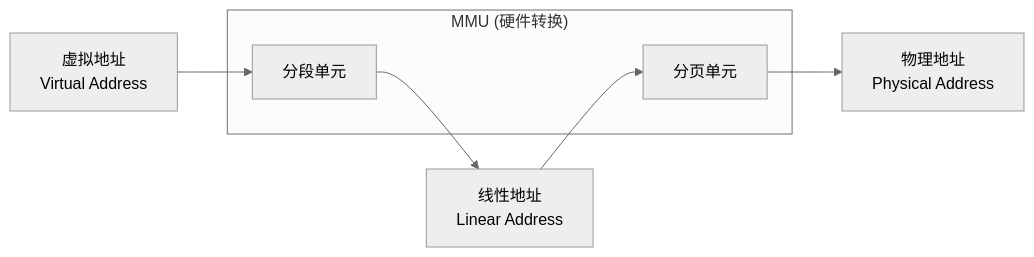
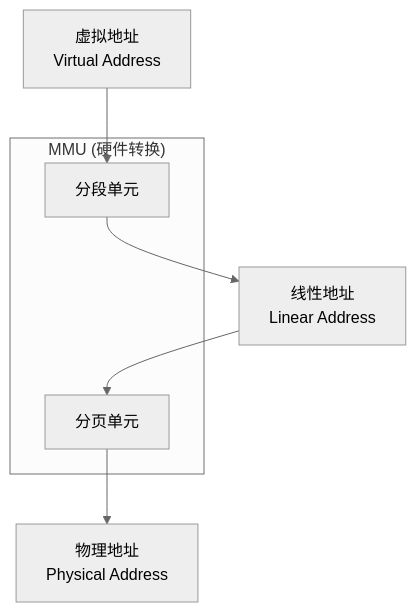
One commit to snowfrs/docs changed the second of 12 diagrams in content/docs/Projects/OS_Learn/M5_Memory_Management.mdx. Above: the diagram before and after it, drawn with Mermaid (neutral theme). The commit also changed 13 other files, not shown here.

First line of the commit message:
feat(docs): optimize Mermaid diagrams and expand K8s learning content

````diff
--- a/content/docs/Projects/OS_Learn/M5_Memory_Management.mdx
+++ b/content/docs/Projects/OS_Learn/M5_Memory_Management.mdx
@@ -65,12 +65,12 @@
 ```mermaid
-graph LR
+graph TD
     VA[虚拟地址<br/>Virtual Address] --> Seg[分段单元]
     Seg --> LA[线性地址<br/>Linear Address]
     LA --> Paging[分页单元]
     Paging --> PA[物理地址<br/>Physical Address]
     
     subgraph MMU ["MMU (硬件转换)"]
         Seg
         Paging
     end
 ```
````
